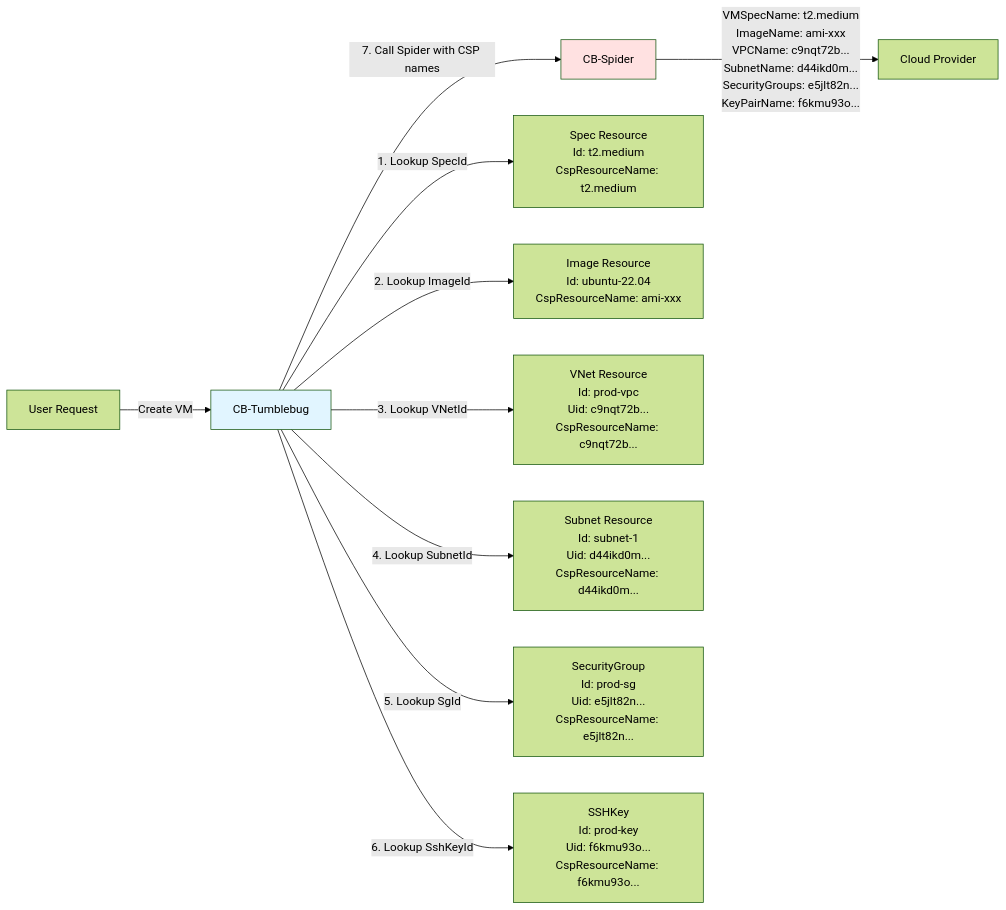
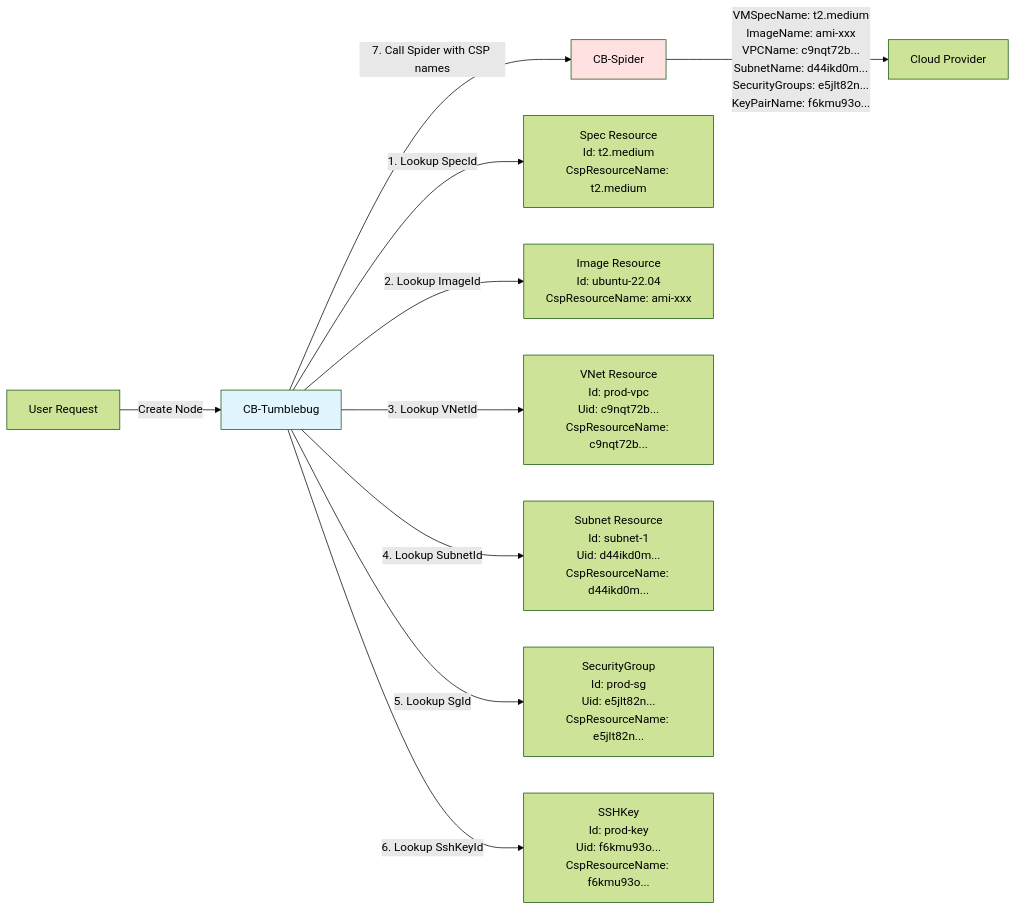
One commit to cloud-barista/cb-tumblebug changed the seventh of 10 diagrams in docs/feature_guide/namespace-and-resource-identity.md. Above: the diagram before and after it, drawn with Mermaid (forest theme). The commit also changed other lines of this file and 81 other files, not shown here.

````diff
--- a/docs/feature_guide/namespace-and-resource-identity.md
+++ b/docs/feature_guide/namespace-and-resource-identity.md
@@ -384,21 +384,21 @@
 ```mermaid
 graph LR
     USER[User Request]
     TB[CB-Tumblebug]
     SPIDER[CB-Spider]
     
-    USER -->|Create VM| TB
+    USER -->|Create Node| TB
     
     TB -->|1. Lookup SpecId| SPEC[Spec Resource<br/>Id: t2.medium<br/>CspResourceName: t2.medium]
     TB -->|2. Lookup ImageId| IMG[Image Resource<br/>Id: ubuntu-22.04<br/>CspResourceName: ami-xxx]
     TB -->|3. Lookup VNetId| VNET[VNet Resource<br/>Id: prod-vpc<br/>Uid: c9nqt72b...<br/>CspResourceName: c9nqt72b...]
     TB -->|4. Lookup SubnetId| SUBNET[Subnet Resource<br/>Id: subnet-1<br/>Uid: d44ikd0m...<br/>CspResourceName: d44ikd0m...]
     TB -->|5. Lookup SgId| SG[SecurityGroup<br/>Id: prod-sg<br/>Uid: e5jlt82n...<br/>CspResourceName: e5jlt82n...]
     TB -->|6. Lookup SshKeyId| SSH[SSHKey<br/>Id: prod-key<br/>Uid: f6kmu93o...<br/>CspResourceName: f6kmu93o...]
     
     TB -->|7. Call Spider with CSP names| SPIDER
     SPIDER -->|VMSpecName: t2.medium<br/>ImageName: ami-xxx<br/>VPCName: c9nqt72b...<br/>SubnetName: d44ikd0m...<br/>SecurityGroups: e5jlt82n...<br/>KeyPairName: f6kmu93o...| CSP[Cloud Provider]
     
     style TB fill:#e1f5ff
     style SPIDER fill:#ffe1e1
 ```
````
